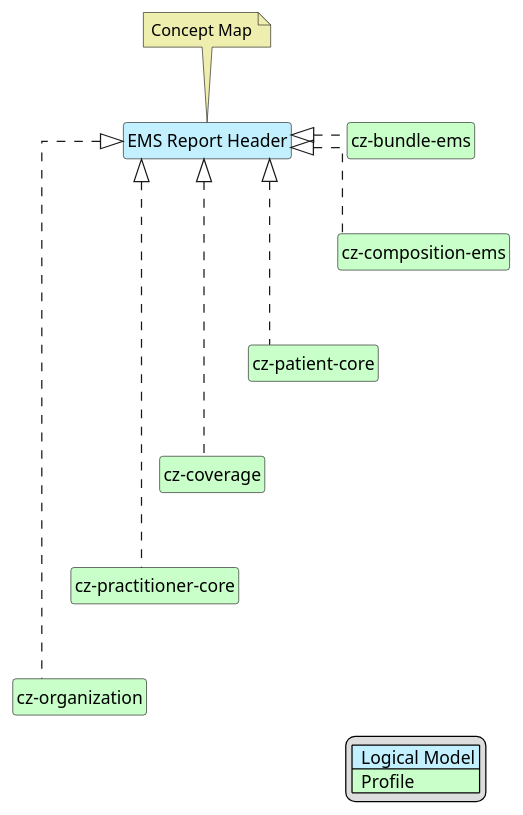
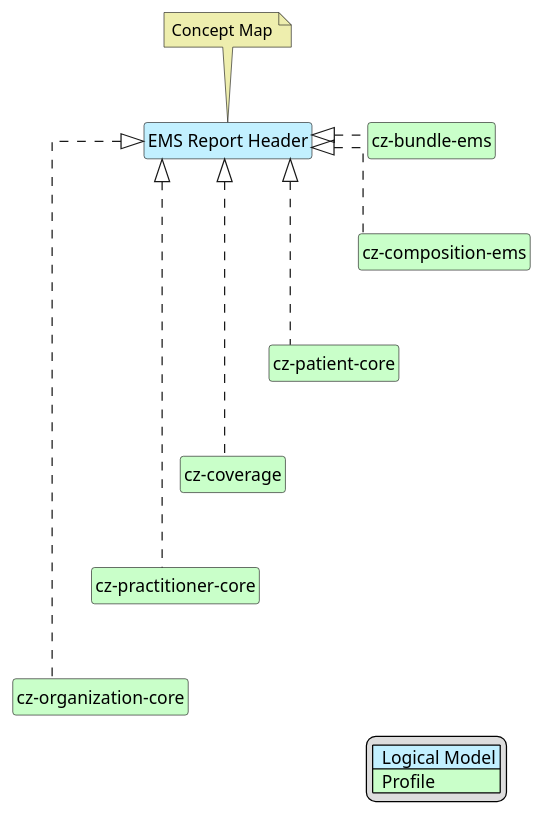
Before and after one commit to HL7-cz/cz-ems: the diagram in input/images-source/emsHead-map.plantuml, drawn with PlantUML. The commit also changed 8 other files, not shown here.

```diff
--- a/input/images-source/emsHead-map.plantuml
+++ b/input/images-source/emsHead-map.plantuml
@@ -1,39 +1,39 @@
 @startuml
 hide circle
 hide stereotype
 hide members
 hide methods
 skinparam linetype ortho
 skinparam class {
 BackgroundColor<<LogicalModel>> #APPLICATION
 BackgroundColor<<Profile>> #TECHNOLOGY
 }
 legend right
 | <#APPLICATION>  Logical Model |
 | <#TECHNOLOGY>  Profile |
 endlegend
 class "EMS Report Header" <<LogicalModel>> [[StructureDefinition-HeaderEmsCz.html]]
 note top #EEEEAE [[ConceptMap-Header2FHIR-cz.html]]
 Concept Map
 endnote
 
-class "cz-organization" <<Profile>> [[https://build.fhir.org/ig/HL7-cz/cz-core/StructureDefinition-cz-organization-core.html]]
+class "cz-organization-core" <<Profile>> [[https://build.fhir.org/ig/HL7-cz/cz-core/StructureDefinition-cz-organization-core.html]]
 class "cz-coverage" <<Profile>> [[https://build.fhir.org/ig/HL7-cz/cz-core/StructureDefinition-cz-coverage.html]]
 class "cz-patient-core" <<Profile>> [[https://build.fhir.org/ig/HL7-cz/cz-core/StructureDefinition-cz-patient-core.html]]
 class "cz-practitioner-core" <<Profile>> [[https://build.fhir.org/ig/HL7-cz/cz-core/StructureDefinition-cz-practitioner-core.html]]
 class "cz-bundle-ems" <<Profile>> [[StructureDefinition-cz-bundle-ems.html]]
 class "cz-composition-ems" <<Profile>> [[StructureDefinition-cz-composition-ems.html]]
 
 "EMS Report Header" <|. "cz-composition-ems"
 "EMS Report Header" <|. "cz-bundle-ems"
 "EMS Report Header" <|. "cz-patient-core"
 "EMS Report Header" <|. "cz-coverage"
 "EMS Report Header" <|. "cz-practitioner-core"
-"EMS Report Header" <|. "cz-organization"
+"EMS Report Header" <|. "cz-organization-core"
 
 "cz-bundle-ems" -d[hidden]-> "cz-composition-ems"
 "cz-composition-ems" -d[hidden]-> "cz-patient-core"
 "cz-patient-core" -d[hidden]-> "cz-coverage"
 "cz-coverage" -d[hidden]-> "cz-practitioner-core"
-"cz-practitioner-core" -d[hidden]-> "cz-organization"
+"cz-practitioner-core" -d[hidden]-> "cz-organization-core"
 @enduml
```
